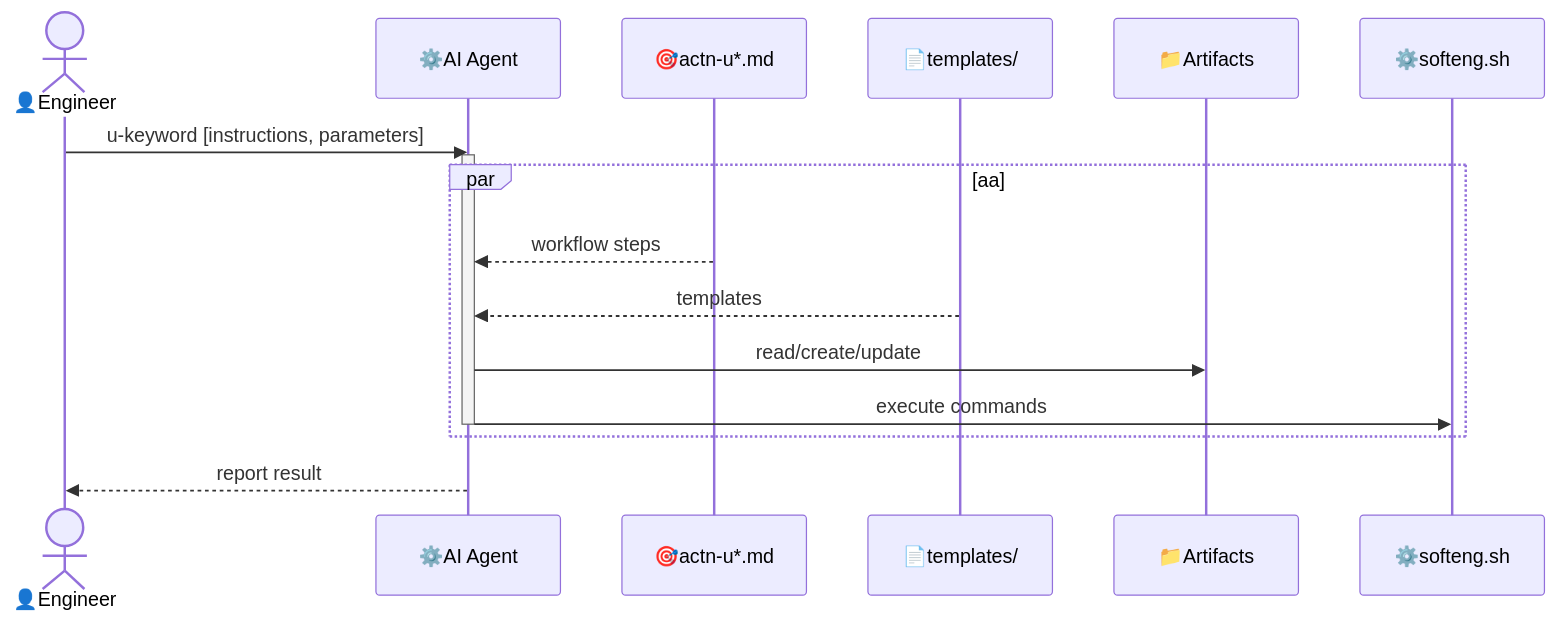
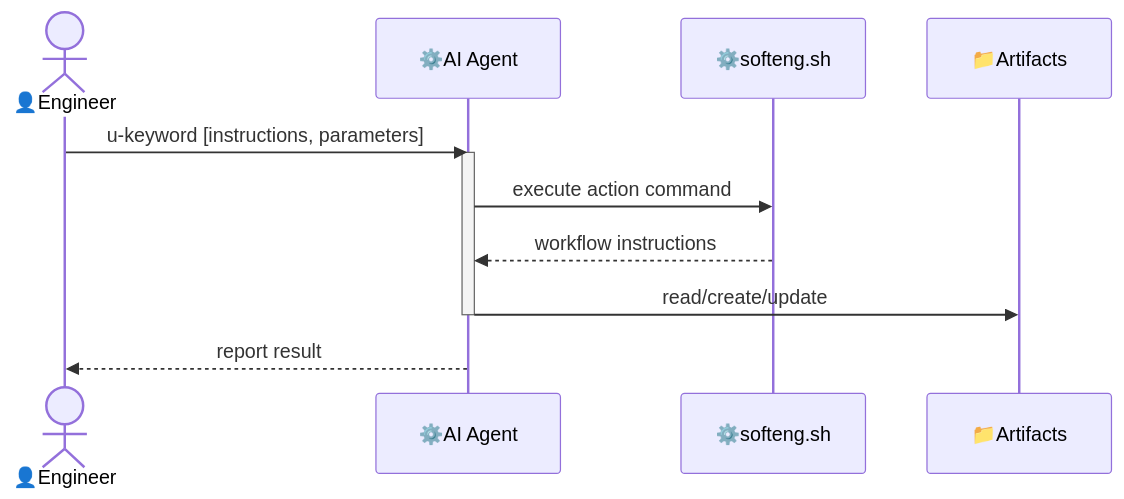
One commit to untillpro/uspecs changed the diagram in uspecs/specs/prod/softeng/arch.md. Above: the diagram before and after it, drawn with Mermaid. The commit also changed other lines of this file and 48 other files, not shown here.

````diff
--- a/uspecs/specs/prod/softeng/arch.md
+++ b/uspecs/specs/prod/softeng/arch.md
@@ -13,20 +13,15 @@
 ```mermaid
 sequenceDiagram
     actor engineer as 👤Engineer
     participant ai_agent as ⚙️AI Agent
-    participant actn as 🎯actn-u*.md
-    participant templates as 📄templates/
+    participant softeng as ⚙️softeng.sh
     participant artifacts as 📁Artifacts
-    participant softeng as ⚙️softeng.sh
 
     engineer->>ai_agent: u-keyword [instructions, parameters]
     activate ai_agent
-    par aa
-      actn -->> ai_agent: workflow steps
-      templates-->>ai_agent: templates
-      ai_agent->>artifacts: read/create/update
-      ai_agent ->> softeng: execute commands
-      deactivate ai_agent
-    end
+    ai_agent->>softeng: execute action command
+    softeng-->>ai_agent: workflow instructions
+    ai_agent->>artifacts: read/create/update
+    deactivate ai_agent
     ai_agent-->>engineer: report result
 ```
````
